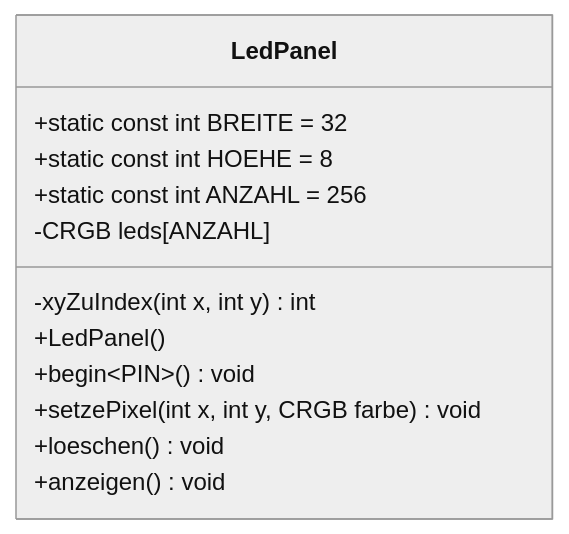
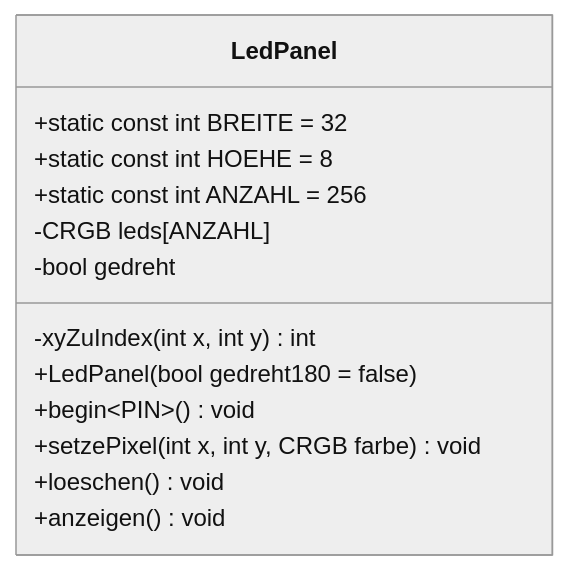
One commit to RedstPhillip/Pixelboard_code changed the third of 6 diagrams in documentation/uml.md. Above: the diagram before and after it, drawn with Mermaid (neutral theme). The commit also changed other lines of this file and 12 other files, not shown here.

````diff
--- a/documentation/uml.md
+++ b/documentation/uml.md
@@ -69,15 +70,16 @@
 ```mermaid
 classDiagram
   class LedPanel {
     +static const int BREITE = 32
     +static const int HOEHE = 8
     +static const int ANZAHL = 256
     -CRGB leds[ANZAHL]
+    -bool gedreht
     -xyZuIndex(int x, int y) int
-    +LedPanel()
+    +LedPanel(bool gedreht180 = false)
     +begin~PIN~() void
     +setzePixel(int x, int y, CRGB farbe) void
     +loeschen() void
     +anzeigen() void
   }
 ```
````
